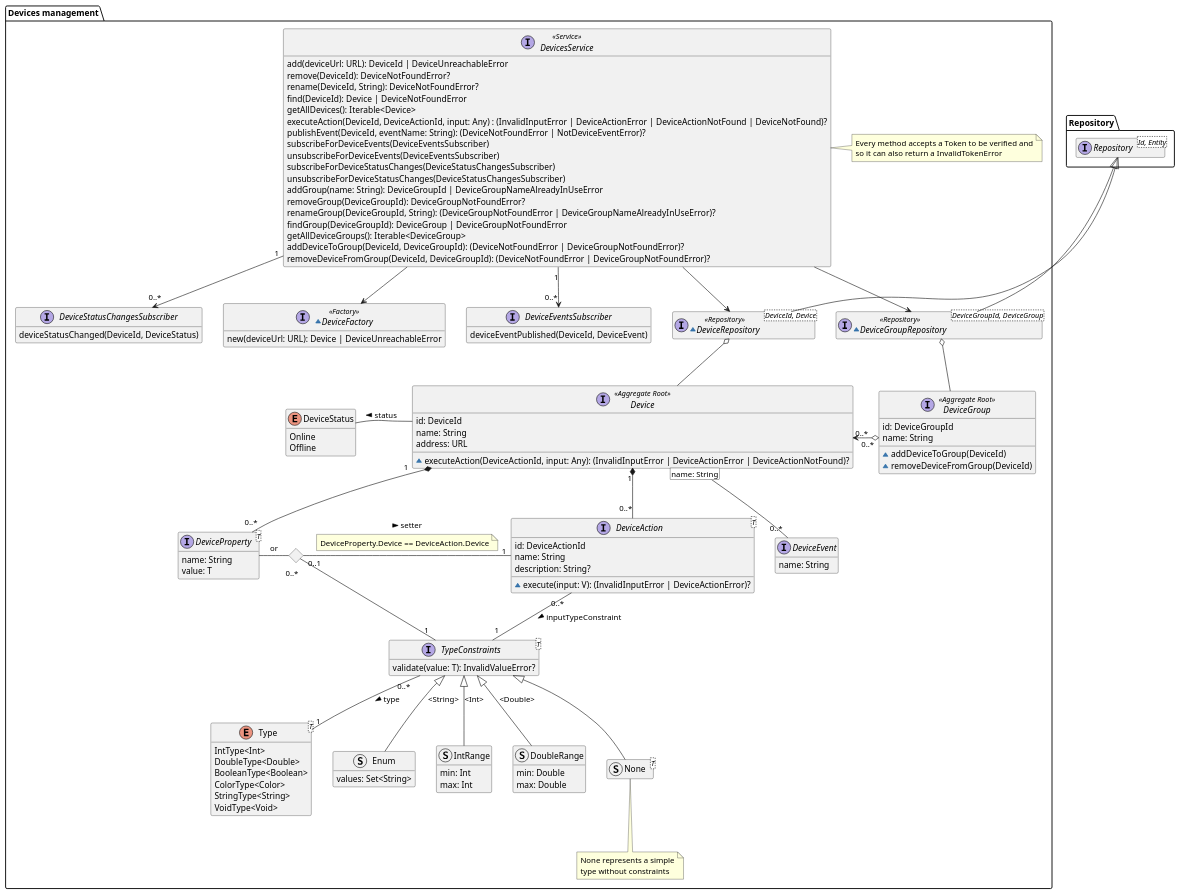
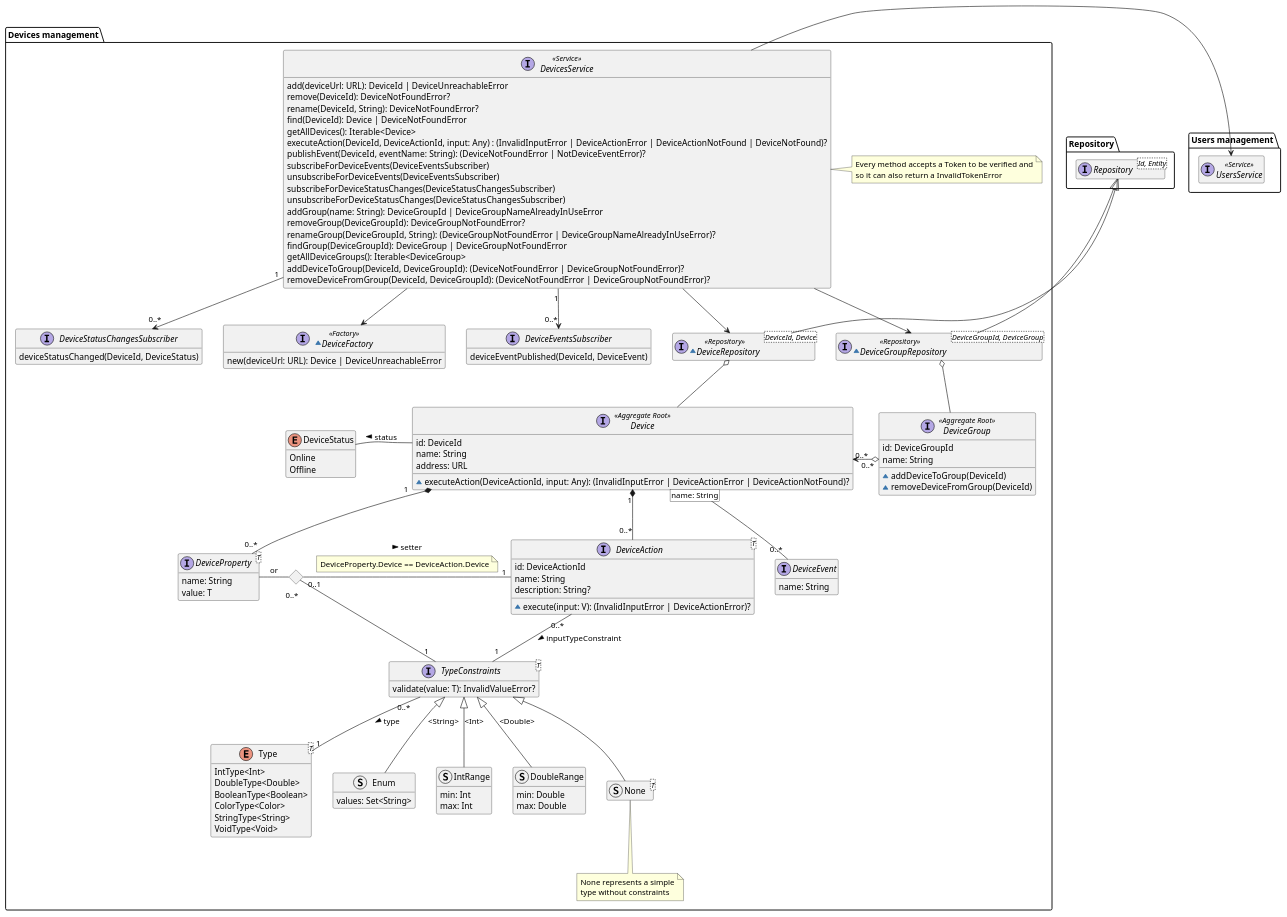
One commit to DomoticASW/.github changed the diagram in diagrams/src/devices-management-domain-model.puml. Above: the diagram before and after it, drawn with PlantUML. The commit also changed 1 other file, not shown here.

```diff
--- a/diagrams/src/devices-management-domain-model.puml
+++ b/diagrams/src/devices-management-domain-model.puml
@@ -1,152 +1,157 @@
 @startuml devices-management-domain-model
 
 hide empty members
 package Repository{
     interface Repository<Id, Entity>
+}
+
+package "Users management" as UsersManagement {
+    interface UsersService <<Service>>
 }
 
 package "Devices management" {
 
     interface Device <<Aggregate Root>> {
         id: DeviceId
         name: String
         address: URL
         ~ executeAction(DeviceActionId, input: Any): (InvalidInputError | DeviceActionError | DeviceActionNotFound)?
     }
 
     enum DeviceStatus {
         Online
         Offline
     }
 
     interface DeviceGroup <<Aggregate Root>> {
         id: DeviceGroupId
         name: String
         ~addDeviceToGroup(DeviceId)
         ~removeDeviceFromGroup(DeviceId)
     }
 
     enum Type<T> {
         IntType<Int>
         DoubleType<Double>
         BooleanType<Boolean>
         ColorType<Color>
         StringType<String>
         VoidType<Void>
     }
 
     interface TypeConstraints<T> {
         validate(value: T): InvalidValueError?
     }
 
     struct Enum {
         values: Set<String>
     }
 
     struct IntRange {
         min: Int
         max: Int
     }
 
     struct DoubleRange {
         min: Double
         max: Double
     }
 
     struct None<T>
     note bottom of None
         None represents a simple
         type without constraints
     end note
 
 
     interface DeviceProperty<T> {
         name: String
         value: T
     }
 
     interface DeviceAction<T> {
         id: DeviceActionId
         name: String
         description: String?
         ~ execute(input: V): (InvalidInputError | DeviceActionError)?
     }
 
     interface DeviceEvent {
         name: String
     }
 
     ~interface DeviceRepository<DeviceId, Device> <<Repository>> {
     }
     ~interface DeviceGroupRepository<DeviceGroupId, DeviceGroup> <<Repository>> {
     }
 
     interface DeviceEventsSubscriber {
         deviceEventPublished(DeviceId, DeviceEvent)
     }
 
     interface DeviceStatusChangesSubscriber {
         deviceStatusChanged(DeviceId, DeviceStatus)
     }
 
     interface DevicesService <<Service>> {
         add(deviceUrl: URL): DeviceId | DeviceUnreachableError
         remove(DeviceId): DeviceNotFoundError?
         rename(DeviceId, String): DeviceNotFoundError?
         find(DeviceId): Device | DeviceNotFoundError
         getAllDevices(): Iterable<Device>
         executeAction(DeviceId, DeviceActionId, input: Any) : (InvalidInputError | DeviceActionError | DeviceActionNotFound | DeviceNotFound)?
         publishEvent(DeviceId, eventName: String): (DeviceNotFoundError | NotDeviceEventError)?
         subscribeForDeviceEvents(DeviceEventsSubscriber)
         unsubscribeForDeviceEvents(DeviceEventsSubscriber)
         subscribeForDeviceStatusChanges(DeviceStatusChangesSubscriber)
         unsubscribeForDeviceStatusChanges(DeviceStatusChangesSubscriber)
         addGroup(name: String): DeviceGroupId | DeviceGroupNameAlreadyInUseError
         removeGroup(DeviceGroupId): DeviceGroupNotFoundError?
         renameGroup(DeviceGroupId, String): (DeviceGroupNotFoundError | DeviceGroupNameAlreadyInUseError)?
         findGroup(DeviceGroupId): DeviceGroup | DeviceGroupNotFoundError
         getAllDeviceGroups(): Iterable<DeviceGroup>
         addDeviceToGroup(DeviceId, DeviceGroupId): (DeviceNotFoundError | DeviceGroupNotFoundError)?
         removeDeviceFromGroup(DeviceId, DeviceGroupId): (DeviceNotFoundError | DeviceGroupNotFoundError)?
     }
 
     note right of DevicesService
         Every method accepts a Token to be verified and
         so it can also return a InvalidTokenError
     end note
 
     ~interface DeviceFactory <<Factory>> {
         new(deviceUrl: URL): Device | DeviceUnreachableError
     }
 
 
     Device -l- DeviceStatus : "status >"
     Device "0..*   "  <--r--o "   0..*" DeviceGroup
     TypeConstraints "0..*" -- "1" Type : "type >"
     Enum -u-|> TypeConstraints : "<String>"
     IntRange -u-|> TypeConstraints : "<Int>"
     DoubleRange -u-|> TypeConstraints : "<Double>"
     None -u-|> TypeConstraints
     DeviceAction "0..*" -- "1" TypeConstraints : "inputTypeConstraint >"
     Device "1" *-- "0..*" DeviceProperty
     Device "1" *-- "0..*" DeviceAction
     <> Diamond
     DeviceProperty -r- Diamond : "or"
     Diamond "0..1" -r- "1" DeviceAction : "setter >"
     note on link
         DeviceProperty.Device == DeviceAction.Device
     end note
     Diamond "0..*" -- "1" TypeConstraints
     Device [name: String] -- "0..*" DeviceEvent
     DeviceGroupRepository -u-|> Repository.Repository
     DeviceGroupRepository o-- DeviceGroup
     DeviceRepository -u-|> Repository.Repository
     DeviceRepository o-- Device
     DevicesService --> DeviceRepository
     DevicesService --> DeviceGroupRepository
     DevicesService --> DeviceFactory
     DevicesService "1" --> "0..*" DeviceEventsSubscriber
     DevicesService "1" --> "0..*" DeviceStatusChangesSubscriber
+    DevicesService -r-> UsersManagement.UsersService
 }
 
 @enduml
```
